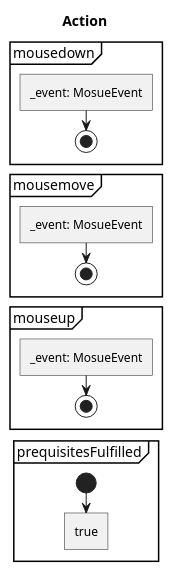
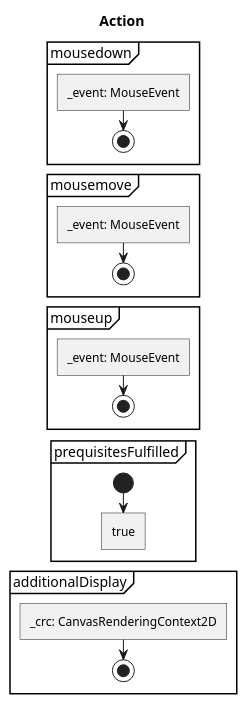
Before and after one commit to JirkaDellOro/FUDGE: the diagram in Experiments/Lukas/VectorEditor/concept/Activities/Actions/Action.puml, drawn with PlantUML. The commit also changed 8 other files, not shown here.

Commit message:
more activity diagrams

```diff
--- a/Experiments/Lukas/VectorEditor/concept/Activities/Actions/Action.puml
+++ b/Experiments/Lukas/VectorEditor/concept/Activities/Actions/Action.puml
@@ -1,26 +1,32 @@
 @startuml Action
 skinparam monochrome true
 
 title Action
 
 partition mousedown {
-	:_event: MosueEvent]
+	:_event: MouseEvent]
 	stop
 }
 
 partition mousemove {
-	:_event: MosueEvent]
+	:_event: MouseEvent]
 	stop
 }
 
 partition mouseup {
-	:_event: MosueEvent]
+	:_event: MouseEvent]
 	stop
 }
 
 partition prequisitesFulfilled {
 	start
 	:true]
+	detach
+}
+
+partition additionalDisplay {
+	:_crc: CanvasRenderingContext2D]
+	stop
 }
 
 @enduml
```
